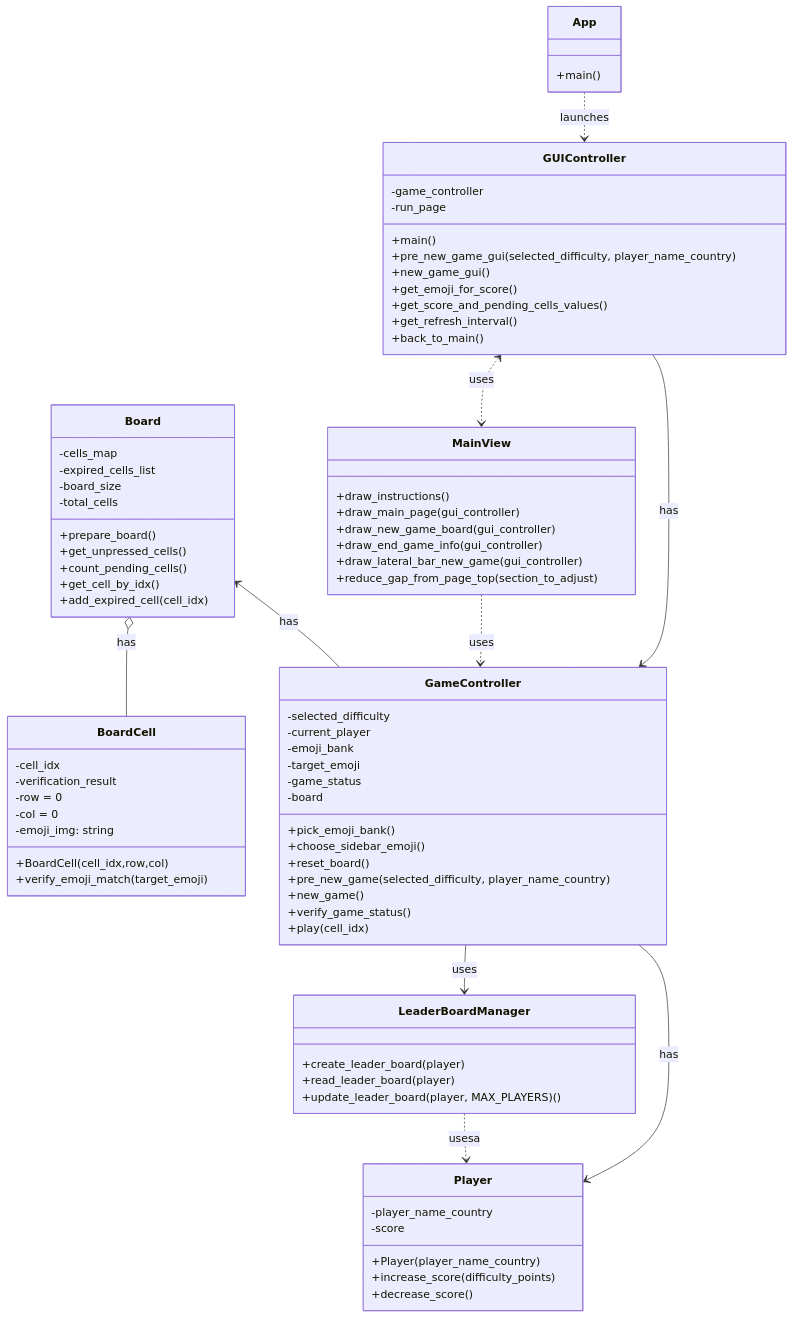
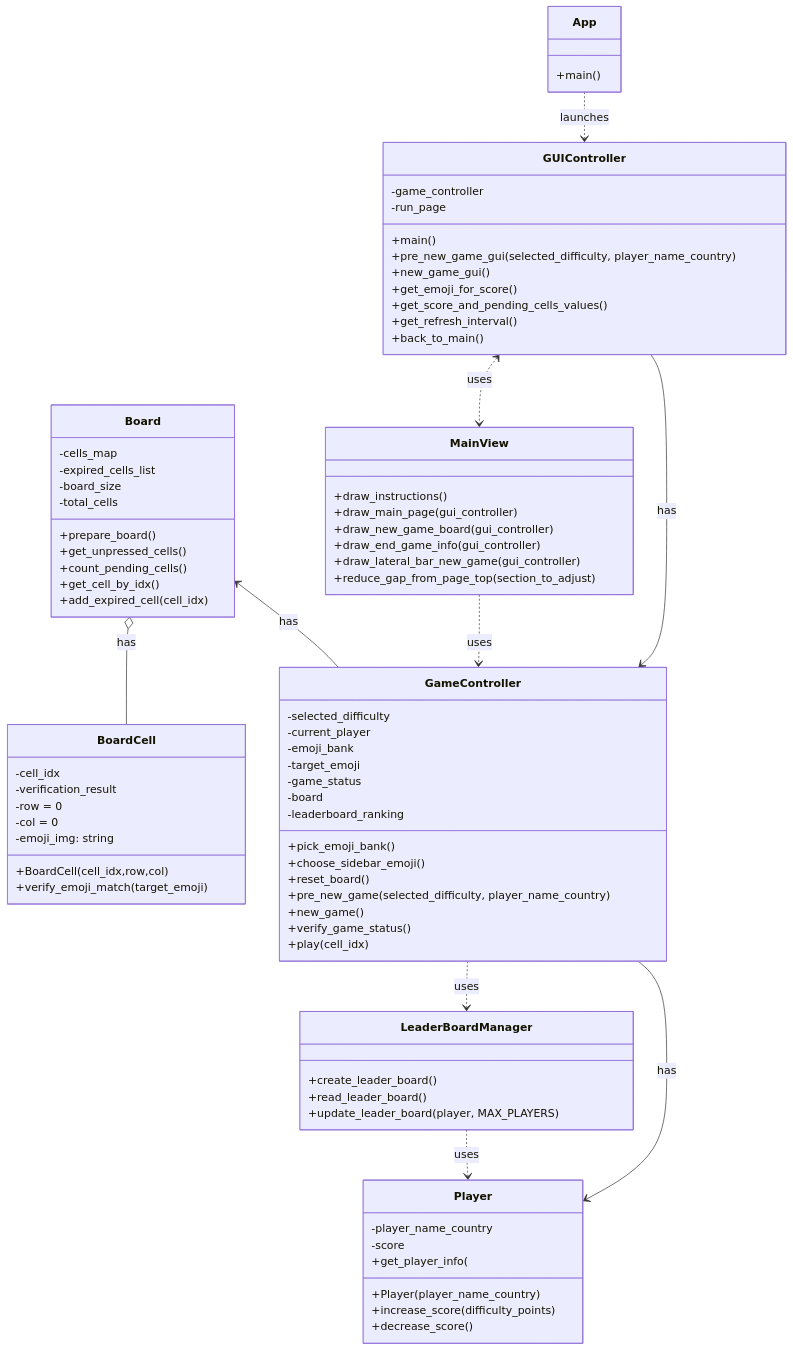
The diagram in README.md (300CIS017-Object-Oriented-Programming/9.-pixmatch_refactor), drawn with Mermaid before and after one commit. The commit also changed other lines of this file and 15 other files, not shown here.

```diff
--- a/README.md
+++ b/README.md
@@ -45,6 +54,7 @@
         -target_emoji
         -game_status
         -board
+        -leaderboard_ranking
         +pick_emoji_bank()
         +choose_sidebar_emoji()
         +reset_board()
@@ -85,15 +95,16 @@
         +verify_emoji_match(target_emoji)
     }
     class LeaderBoardManager {
-        +create_leader_board(player)
-        +read_leader_board(player)
-        +update_leader_board(player, MAX_PLAYERS)()
+        +create_leader_board()
+        +read_leader_board()
+        +update_leader_board(player, MAX_PLAYERS)
     }
     class Player {
         -player_name_country
         -score
         
         +Player(player_name_country)
+        +get_player_info(
         +increase_score(difficulty_points)
         +decrease_score()
     }
@@ -112,8 +123,8 @@
     Board <-- GameController : has
     Board o-- BoardCell : has
     GameController --> Player : has
-    GameController --> LeaderBoardManager : uses
-    LeaderBoardManager ..> Player : usesa
+    GameController ..> LeaderBoardManager : uses
+    LeaderBoardManager ..> Player : uses
     MainView ..> GameController : uses
     GUIController <..> MainView : uses
     App ..> GUIController : launches
```
